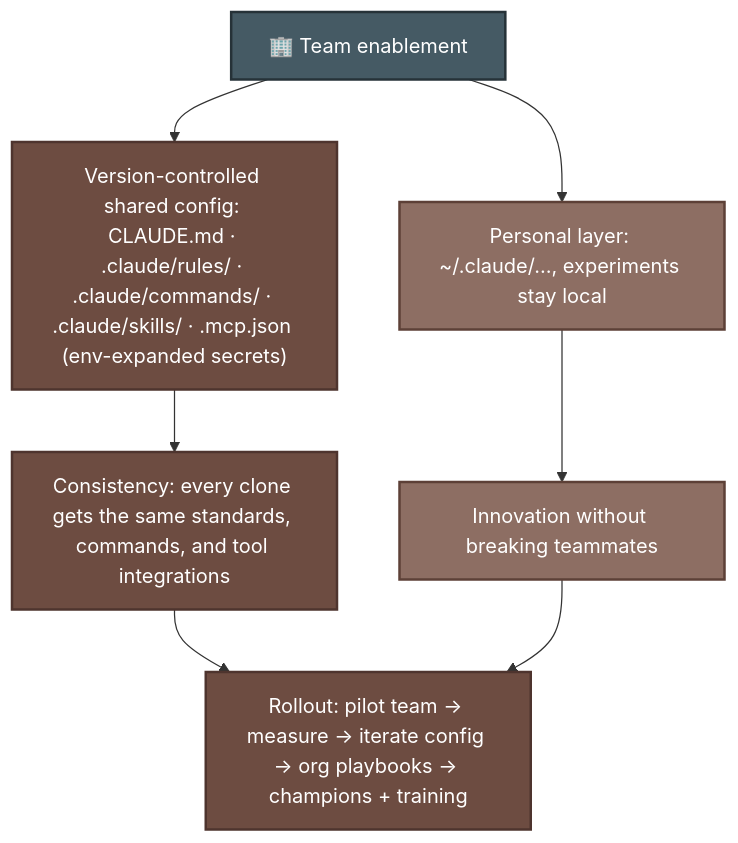
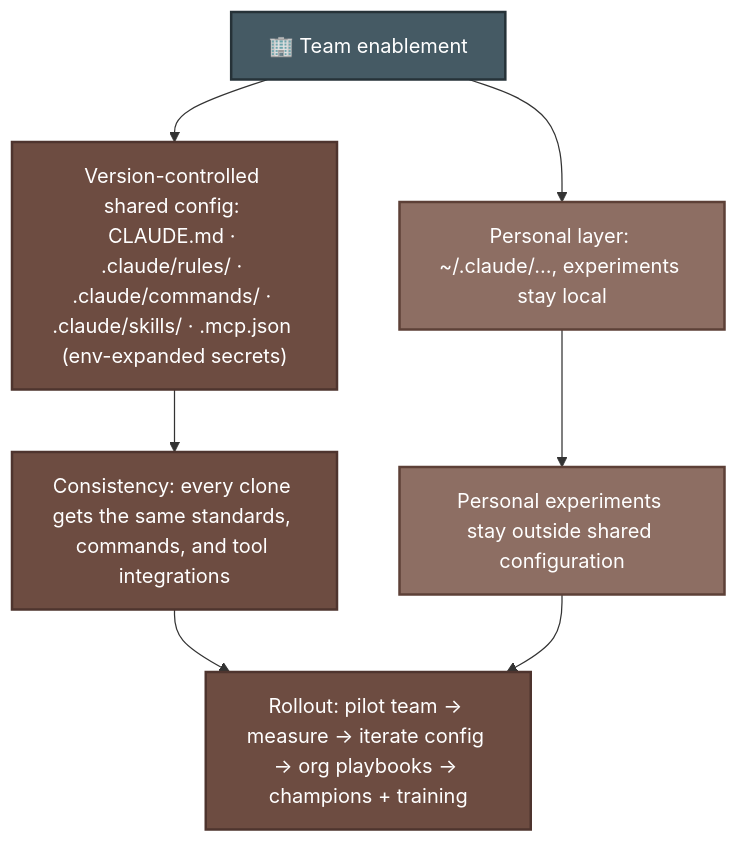
One commit to parmar-m/claude-architect-certification-prep changed the first of 2 diagrams in CCA-P/domains/d7-dev-productivity-enablement.md. Above: the diagram before and after it, drawn with Mermaid. The commit also changed other lines of this file and 6 other files, not shown here.

````diff
--- a/CCA-P/domains/d7-dev-productivity-enablement.md
+++ b/CCA-P/domains/d7-dev-productivity-enablement.md
@@ -11,14 +13,14 @@
 ```mermaid
 flowchart TD
     ORG["🏢 Team enablement"] --> SHARED["Version-controlled shared config: CLAUDE.md · .claude/rules/ · .claude/commands/ · .claude/skills/ · .mcp.json (env-expanded secrets)"]
     ORG --> PERS["Personal layer: ~/.claude/…, experiments stay local"]
     SHARED --> CONS["Consistency: every clone gets the same standards, commands, and tool integrations"]
-    PERS --> SAFE["Innovation without breaking teammates"]
+    PERS --> SAFE["Personal experiments stay outside shared configuration"]
     CONS & SAFE --> ROLL["Rollout: pilot team → measure → iterate config → org playbooks → champions + training"]
     classDef sh fill:#6D4C41,color:#fff,stroke:#4E342E,stroke-width:2px
     classDef pe fill:#8D6E63,color:#fff,stroke:#5D4037,stroke-width:2px
     classDef n fill:#455A64,color:#fff,stroke:#263238,stroke-width:2px
     class SHARED,CONS,ROLL sh
     class PERS,SAFE pe
     class ORG n
 ```
````
